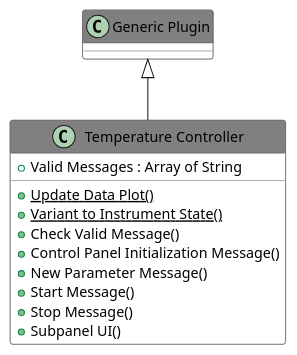
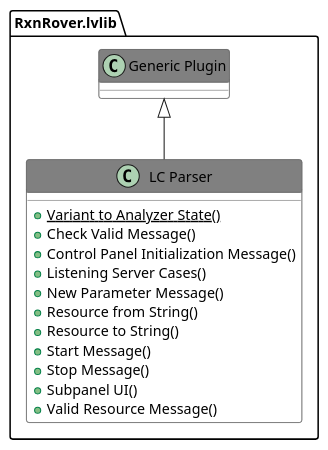
Before and after one commit to RxnRover/RxnRover: the diagram in _static/api/Includes/016.adoc, drawn with PlantUML. The commit also changed other lines of this file and 405 other files, not shown here.

```diff
--- a/_static/api/Includes/016.adoc
+++ b/_static/api/Includes/016.adoc
@@ -10,28 +10,30 @@
 [plantuml, format="svg", align="center"]
 ....
 @startuml
 set namespaceSeparator :
 skinparam ClassBackgroundColor #FFFFFF
 skinparam ClassBorderColor #555555
 skinparam ClassFontColor #000000
 skinparam ClassHeaderBackgroundColor #808080
 
 skinparam top to bottom direction
-class "Temperature Controller" {
-{field} +Valid Messages : Array of String
-{static} {method} +Update Data Plot()
-{static} {method} +Variant to Instrument State()
+class "RxnRover.lvlib:LC Parser" {
+{static} {method} +Variant to Analyzer State()
 {method} +Check Valid Message()
 {method} +Control Panel Initialization Message()
+{method} +Listening Server Cases()
 {method} +New Parameter Message()
+{method} +Resource from String()
+{method} +Resource to String()
 {method} +Start Message()
 {method} +Stop Message()
 {method} +Subpanel UI()
+{method} +Valid Resource Message()
 
 }
-"Generic Plugin" <|-- "Temperature Controller"
+"RxnRover.lvlib:Generic Plugin" <|-- "RxnRover.lvlib:LC Parser"
 
 
 
 @enduml
 ....
```
